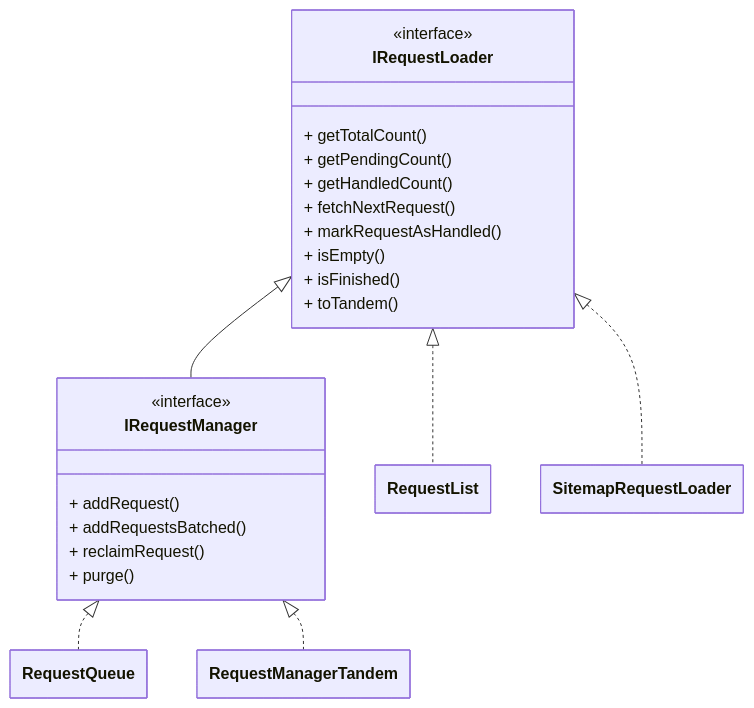
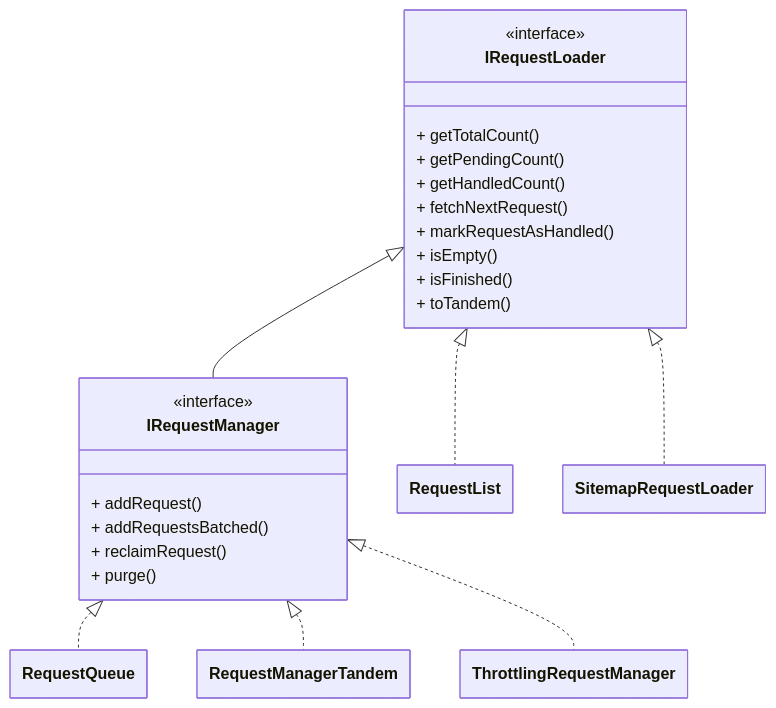
Before and after one commit to apify/crawlee: the diagram in docs/guides/request_loaders.mdx, drawn with Mermaid. The commit also changed other lines of this file and 2 other files, not shown here.

First line of the commit message:
docs: cover per-domain throttling in the guides and upgrading notes

````diff
--- a/docs/guides/request_loaders.mdx
+++ b/docs/guides/request_loaders.mdx
@@ -37,55 +38,58 @@
 ```mermaid
 ---
 config:
     class:
         hideEmptyMembersBox: true
 ---
 
 classDiagram
 
 %% ========================
 %% Abstract interfaces
 %% ========================
 
 class IRequestLoader {
     <<interface>>
     + getTotalCount()
     + getPendingCount()
     + getHandledCount()
     + fetchNextRequest()
     + markRequestAsHandled()
     + isEmpty()
     + isFinished()
     + toTandem()
 }
 
 class IRequestManager {
     <<interface>>
     + addRequest()
     + addRequestsBatched()
     + reclaimRequest()
     + purge()
 }
 
 %% ========================
 %% Concrete classes
 %% ========================
 
 class RequestQueue
 
 class RequestList
 
 class SitemapRequestLoader
 
 class RequestManagerTandem
 
+class ThrottlingRequestManager
+
 %% ========================
 %% Inheritance arrows
 %% ========================
 
 IRequestLoader <|-- IRequestManager
 IRequestLoader <|.. RequestList
 IRequestLoader <|.. SitemapRequestLoader
 IRequestManager <|.. RequestQueue
 IRequestManager <|.. RequestManagerTandem
+IRequestManager <|.. ThrottlingRequestManager
 ```
````
